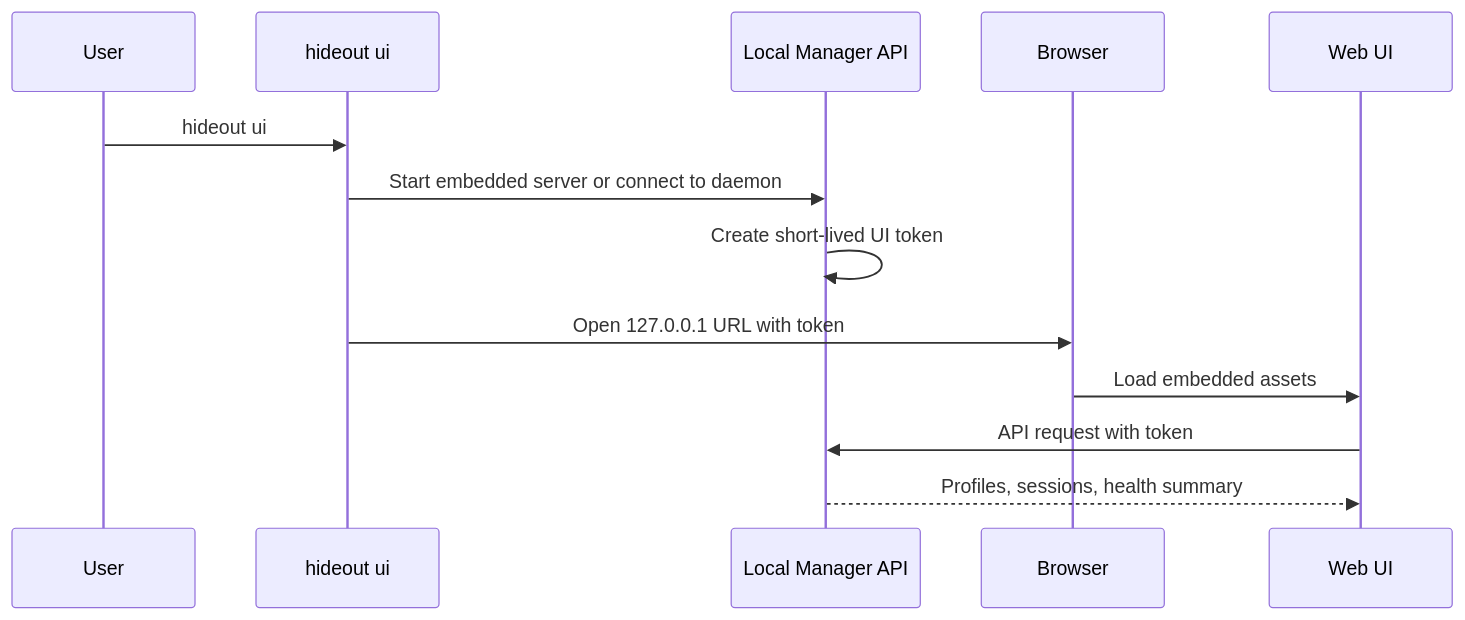
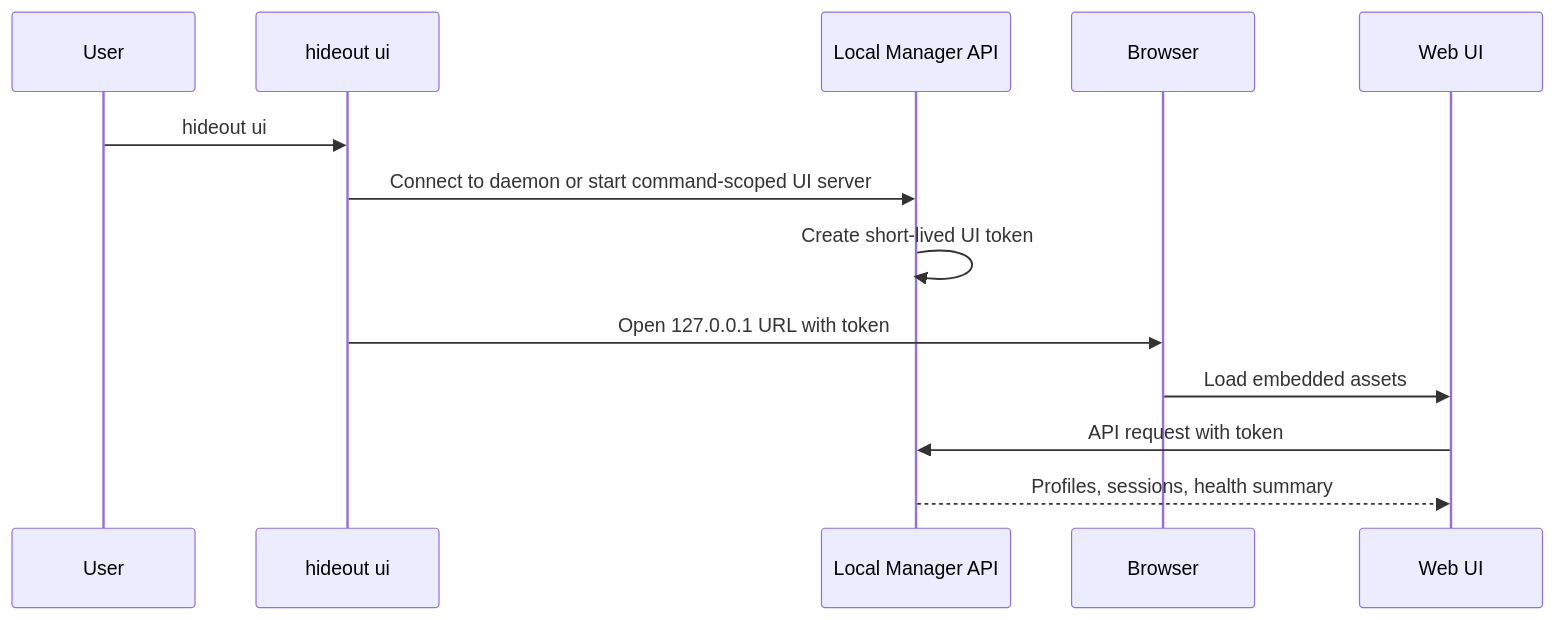
One commit to vibe-agi/hideout changed the sixth of 6 diagrams in docs/privacy-run-design.md. Above: the diagram before and after it, drawn with Mermaid. The commit also changed other lines of this file and 120 other files, not shown here.

````diff
--- a/docs/privacy-run-design.md
+++ b/docs/privacy-run-design.md
@@ -4176,16 +4181,16 @@
 ```mermaid
 sequenceDiagram
     participant U as User
     participant CLI as hideout ui
     participant M as Local Manager API
     participant Br as Browser
     participant UI as Web UI
 
     U->>CLI: hideout ui
-    CLI->>M: Start embedded server or connect to daemon
+    CLI->>M: Connect to daemon or start command-scoped UI server
     M->>M: Create short-lived UI token
     CLI->>Br: Open 127.0.0.1 URL with token
     Br->>UI: Load embedded assets
     UI->>M: API request with token
     M-->>UI: Profiles, sessions, health summary
 ```
````
